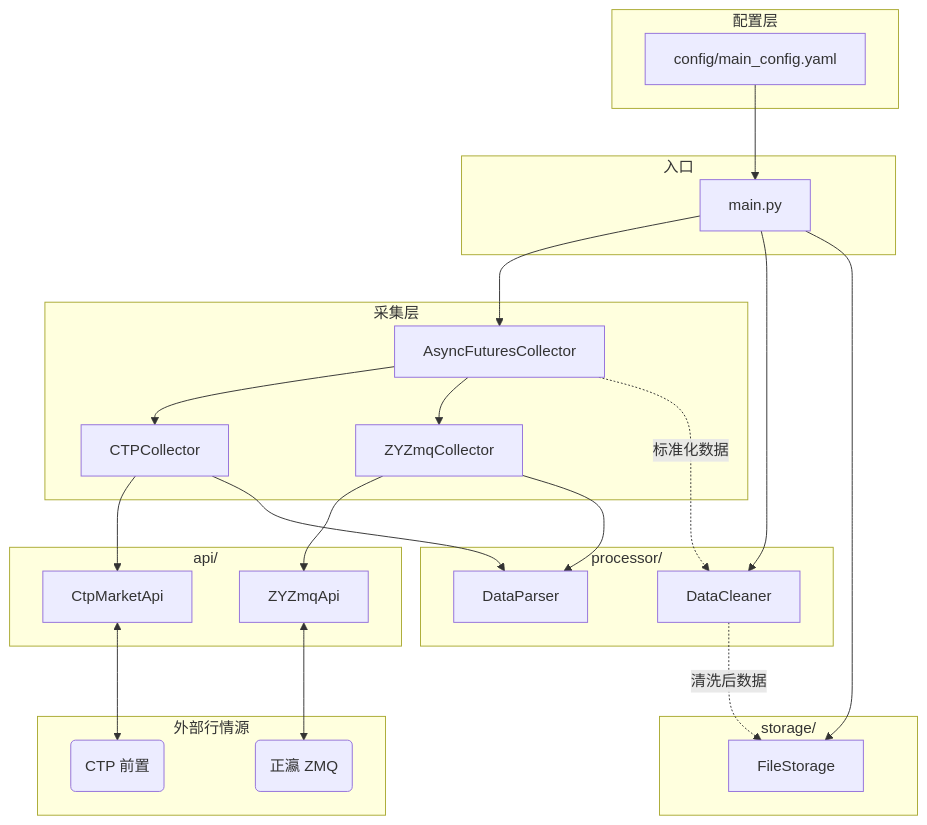
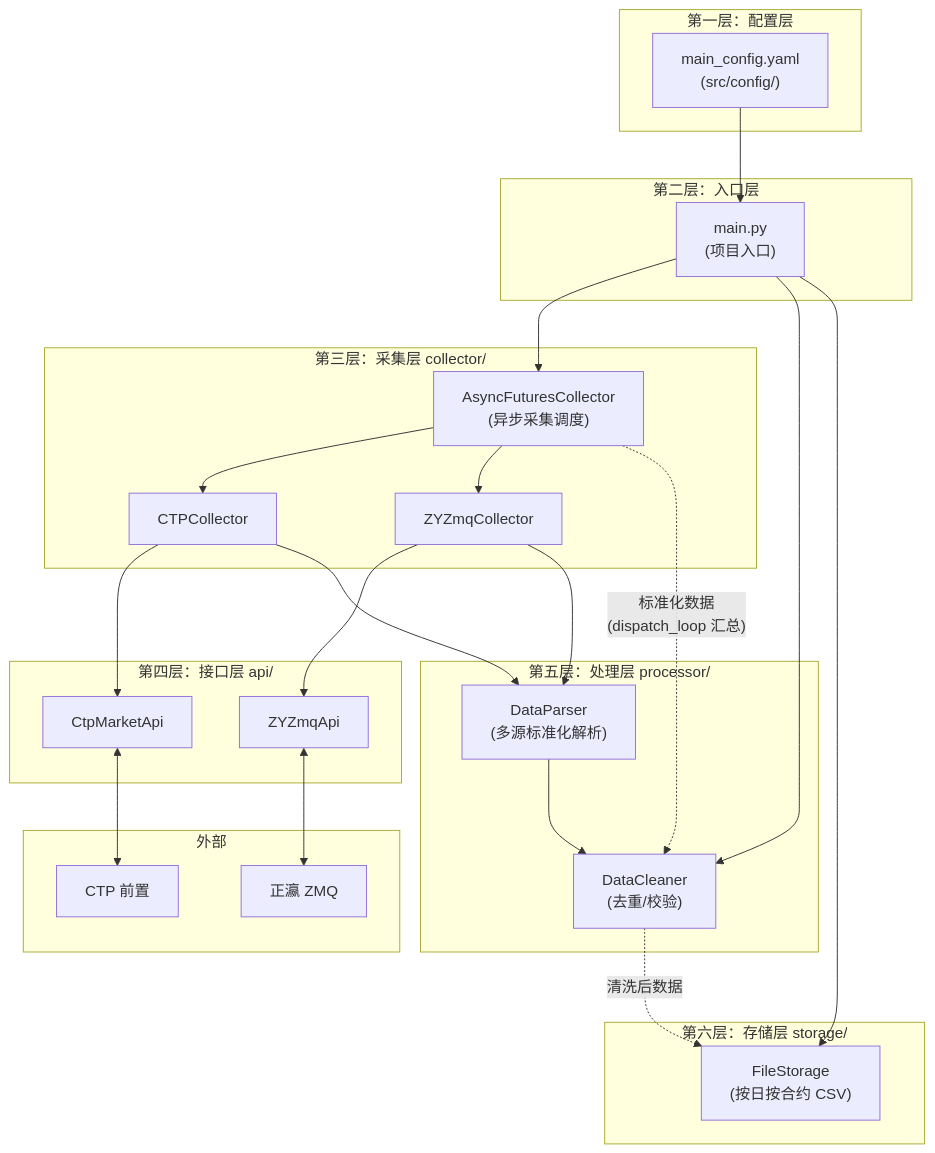
One commit to dancing-clown/futures_quant_framework changed the first of 2 diagrams in README.md. Above: the diagram before and after it, drawn with Mermaid. The commit also changed other lines of this file, not shown here.

Commit message:
docs: 更新 README.md 中的框架设计与数据流说明
- 修改模块方框图为分层架构图，明确各层次关系与依赖。
- 增加各层模块的详细描述，提升文档可读性。
- 更新数据流与运行时流程的描述，确保与实际实现一致。

````diff
--- a/README.md
+++ b/README.md
@@ -24,50 +24,51 @@
 ```mermaid
 flowchart TB
-    subgraph 配置层
-        Config[config/main_config.yaml]
+    subgraph L1["第一层：配置层"]
+        Config["main_config.yaml\n(src/config/)"]
     end
 
-    subgraph 入口
-        Main[main.py]
+    subgraph L2["第二层：入口层"]
+        Main["main.py\n(项目入口)"]
     end
 
-    subgraph 采集层
-        AsyncCollector[AsyncFuturesCollector]
-        CTPCollector[CTPCollector]
-        ZYCollector[ZYZmqCollector]
+    subgraph L3["第三层：采集层 collector/"]
+        AsyncCollector["AsyncFuturesCollector\n(异步采集调度)"]
+        CTPCollector["CTPCollector"]
+        ZYCollector["ZYZmqCollector"]
         AsyncCollector --> CTPCollector
         AsyncCollector --> ZYCollector
     end
 
-    subgraph 接口层["api/"]
-        CtpApi[CtpMarketApi]
-        ZyApi[ZYZmqApi]
+    subgraph L4["第四层：接口层 api/"]
+        CtpApi["CtpMarketApi"]
+        ZyApi["ZYZmqApi"]
     end
 
-    subgraph 处理层["processor/"]
-        Parser[DataParser]
-        Cleaner[DataCleaner]
+    subgraph L5["第五层：处理层 processor/"]
+        Parser["DataParser\n(多源标准化解析)"]
+        Cleaner["DataCleaner\n(去重/校验)"]
+        Parser --> Cleaner
     end
 
-    subgraph 存储层["storage/"]
-        FileStorage[FileStorage]
+    subgraph L6["第六层：存储层 storage/"]
+        FileStorage["FileStorage\n(按日按合约 CSV)"]
     end
 
-    subgraph 外部行情源
-        CTP(CTP 前置)
-        ZMQ(正瀛 ZMQ)
+    subgraph EXT["外部"]
+        CTP["CTP 前置"]
+        ZMQ["正瀛 ZMQ"]
     end
 
     Config --> Main
     Main --> AsyncCollector
     Main --> Cleaner
     Main --> FileStorage
     CTPCollector --> CtpApi
+    CTPCollector --> Parser
     ZYCollector --> ZyApi
-    CTPCollector --> Parser
     ZYCollector --> Parser
     CtpApi <--> CTP
     ZyApi <--> ZMQ
-    AsyncCollector -.->|标准化数据| Cleaner
-    Cleaner -.->|清洗后数据| FileStorage
+    AsyncCollector -.->|"标准化数据\n(dispatch_loop 汇总)"| Cleaner
+    Cleaner -.->|"清洗后数据"| FileStorage
 ```
````
